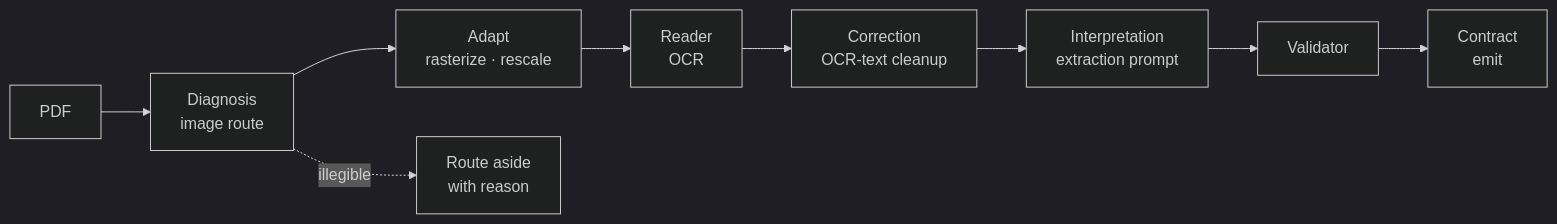
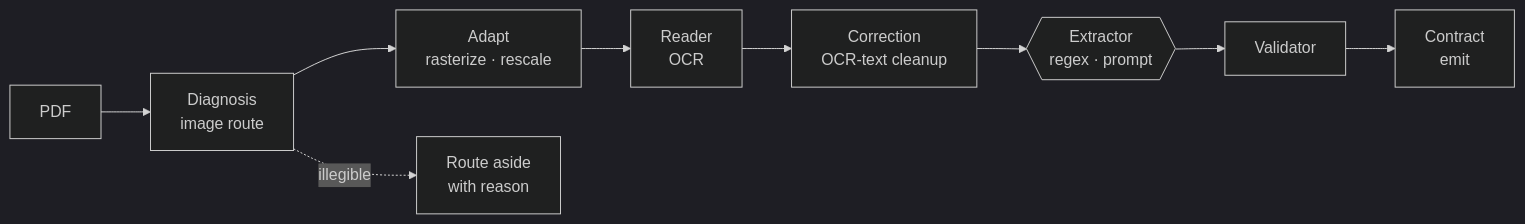
One commit to mariogarcia-ar/docflow changed the second of 4 diagrams in workflow.md. Above: the diagram before and after it, drawn with Mermaid (dark theme). The commit also changed other lines of this file and 1 other file, not shown here.

Commit message:
Enhance documentation for direct circuits, clarifying extraction methods and component interactions

````diff
--- a/workflow.md
+++ b/workflow.md
@@ -100,11 +156,11 @@
 ```mermaid
 graph LR
     A["PDF"] --> B["Diagnosis<br/>image route"]
     B --> C["Adapt<br/>rasterize · rescale"]
     C --> D["Reader<br/>OCR"]
     D --> E["Correction<br/>OCR-text cleanup"]
-    E --> F["Interpretation<br/>extraction prompt"]
+    E --> F{{"Extractor<br/>regex · prompt"}}
     F --> G["Validator"]
     G --> H["Contract<br/>emit"]
     B -.->|"illegible"| I["Route aside<br/>with reason"]
 ```
````
